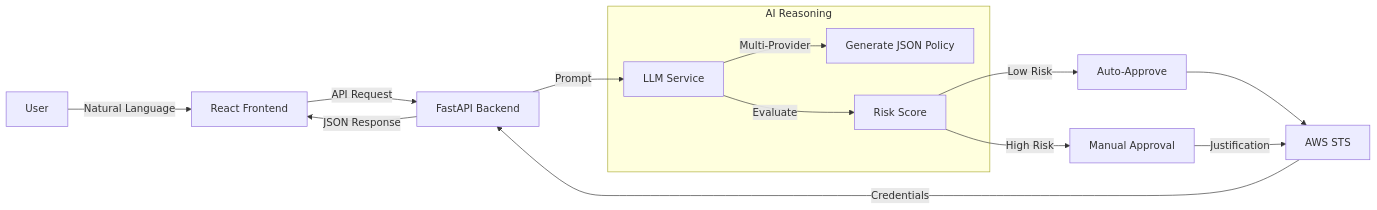
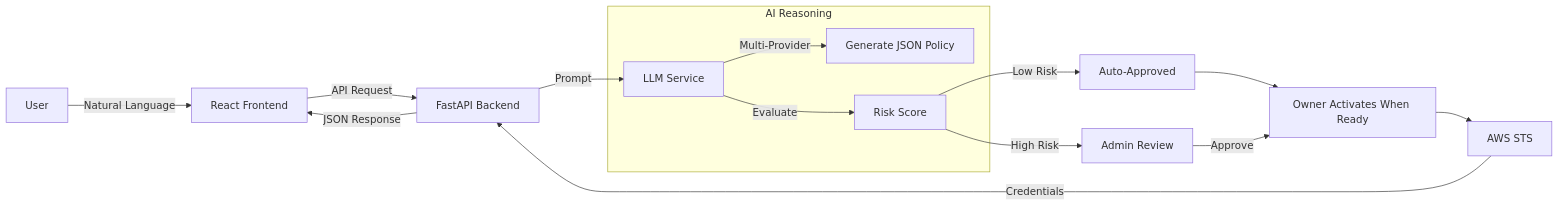
Before and after one commit to tupacalypse187/IAM-dynamic: the second of 2 diagrams in README.md, drawn with Mermaid. The commit also changed other lines of this file and 27 other files, not shown here.

````diff
--- a/README.md
+++ b/README.md
@@ -74,20 +74,22 @@
 ```mermaid
 graph LR
     User[User] -->|Natural Language| UI[React Frontend]
     UI -->|API Request| API[FastAPI Backend]
     API -->|Prompt| Agent[LLM Service]
     
     subgraph "AI Reasoning"
     Agent -->|Multi-Provider| Policy[Generate JSON Policy]
     Agent -->|Evaluate| Risk[Risk Score]
     end
     
-    Risk -->|Low Risk| Auto[Auto-Approve]
-    Risk -->|High Risk| Manual[Manual Approval]
+    Risk -->|Low Risk| Auto[Auto-Approved]
+    Risk -->|High Risk| Manual[Admin Review]
     
-    Auto --> STS[AWS STS]
-    Manual -->|Justification| STS
+    Auto --> Activate[Owner Activates When Ready]
+    Manual -->|Approve| Activate
+    
+    Activate --> STS[AWS STS]
     
     STS -->|Credentials| API
     API -->|JSON Response| UI
 ```
````
